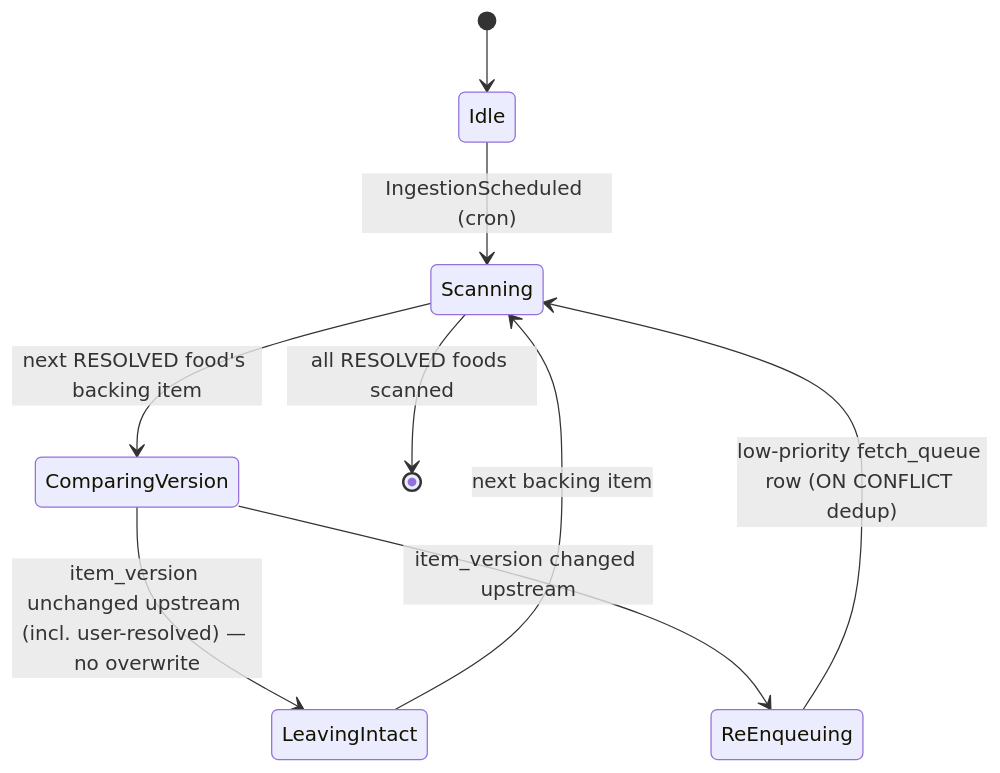
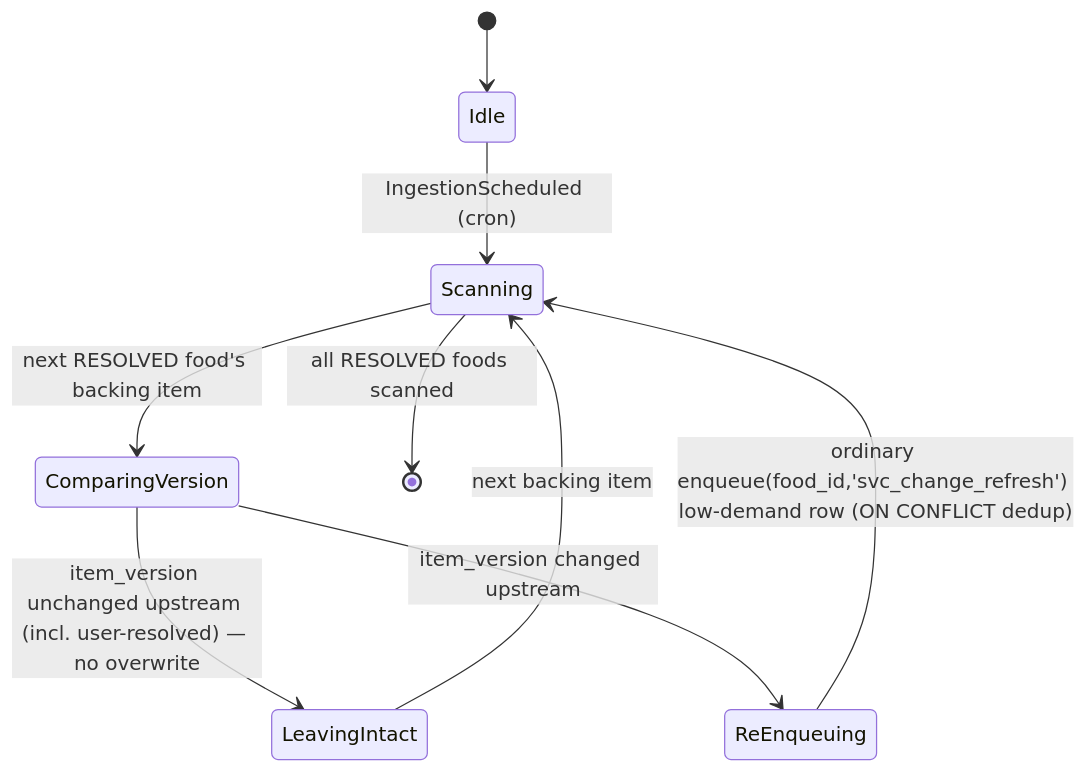
The tenth of 10 diagrams in specs/003-usda-food-data/v-model/module-design.md (radicle-co/KitchenSink), drawn with Mermaid before and after one commit. The commit also changed other lines of this file and 45 other files, not shown here.

````diff
--- a/specs/003-usda-food-data/v-model/module-design.md
+++ b/specs/003-usda-food-data/v-model/module-design.md
@@ -1848,11 +2254,11 @@
 ```mermaid
 stateDiagram-v2
   [*] --> Idle
   Idle --> Scanning : IngestionScheduled (cron)
   Scanning --> ComparingVersion : next RESOLVED food's backing item
   ComparingVersion --> LeavingIntact : item_version unchanged upstream (incl. user-resolved) — no overwrite
   ComparingVersion --> ReEnqueuing : item_version changed upstream
-  ReEnqueuing --> Scanning : low-priority fetch_queue row (ON CONFLICT dedup)
+  ReEnqueuing --> Scanning : ordinary enqueue(food_id,'svc_change_refresh') low-demand row (ON CONFLICT dedup)
   LeavingIntact --> Scanning : next backing item
   Scanning --> [*] : all RESOLVED foods scanned
 ```
````
